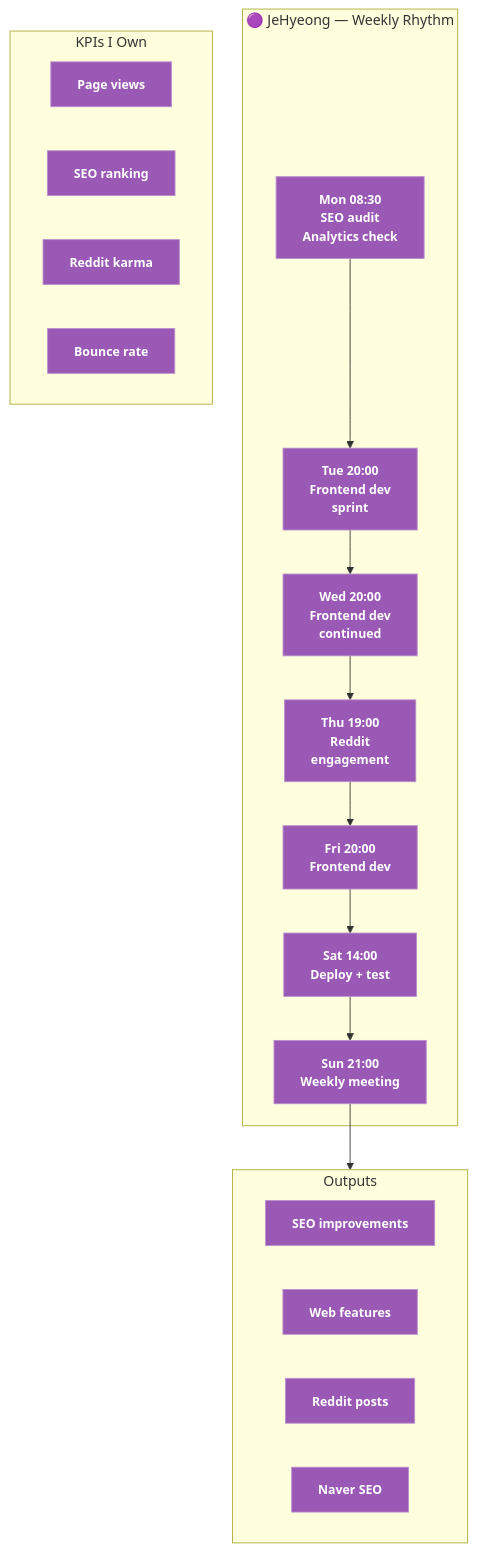
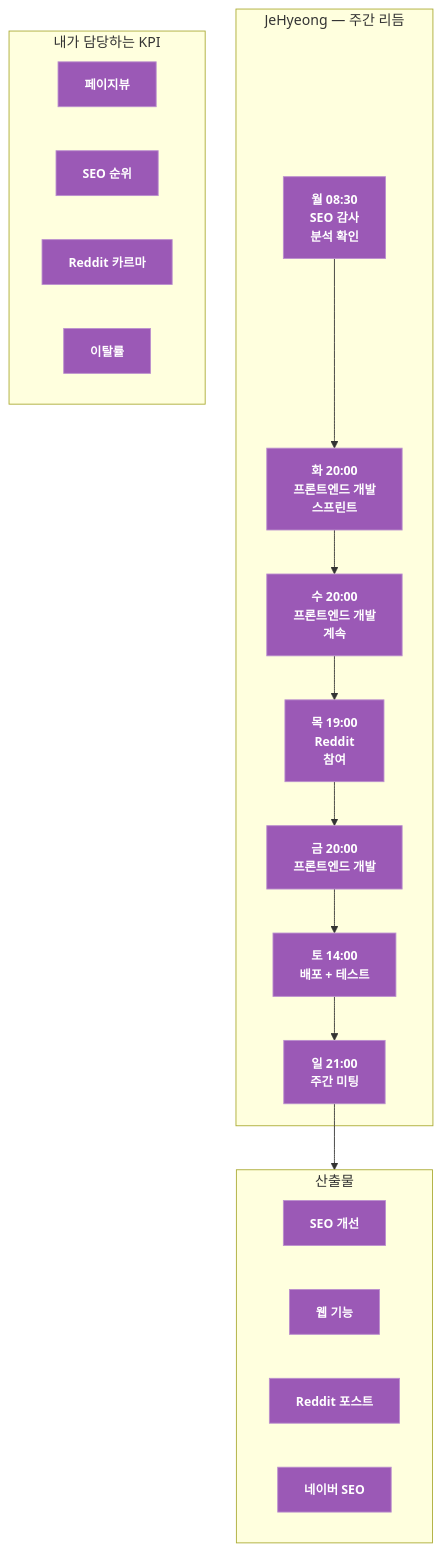
One commit to JeHyeong2/hypeprooflab changed the diagram in products/hypeproof-workflow-diagrams/personal-jehyeong.mmd. Above: the diagram before and after it, drawn with Mermaid. The commit also changed 38 other files, not shown here.

First line of the commit message:
diagrams: convert all to Korean + font 18px + QA pass 19/19

```diff
--- a/products/hypeproof-workflow-diagrams/personal-jehyeong.mmd
+++ b/products/hypeproof-workflow-diagrams/personal-jehyeong.mmd
@@ -1,32 +1,32 @@
 flowchart TB
     classDef jehyeong fill:#9b59b6,stroke:#bb8fce,color:#fff,font-weight:bold,font-size:14px
     classDef dim fill:#30363d,stroke:#484f58,color:#8b949e
 
-    subgraph WEEK["🟣 JeHyeong — Weekly Rhythm"]
-        MON["Mon 08:30<br/>SEO audit<br/>Analytics check"]
-        TUE["Tue 20:00<br/>Frontend dev<br/>sprint"]
-        WED["Wed 20:00<br/>Frontend dev<br/>continued"]
-        THU["Thu 19:00<br/>Reddit<br/>engagement"]
-        FRI["Fri 20:00<br/>Frontend dev"]
-        SAT["Sat 14:00<br/>Deploy + test"]
-        SUN["Sun 21:00<br/>Weekly meeting"]
+    subgraph WEEK["JeHyeong — 주간 리듬"]
+        MON["월 08:30<br/>SEO 감사<br/>분석 확인"]
+        TUE["화 20:00<br/>프론트엔드 개발<br/>스프린트"]
+        WED["수 20:00<br/>프론트엔드 개발<br/>계속"]
+        THU["목 19:00<br/>Reddit<br/>참여"]
+        FRI["금 20:00<br/>프론트엔드 개발"]
+        SAT["토 14:00<br/>배포 + 테스트"]
+        SUN["일 21:00<br/>주간 미팅"]
     end
 
-    subgraph OUT["Outputs"]
-        O1["SEO improvements"]
-        O2["Web features"]
-        O3["Reddit posts"]
-        O4["Naver SEO"]
+    subgraph OUT["산출물"]
+        O1["SEO 개선"]
+        O2["웹 기능"]
+        O3["Reddit 포스트"]
+        O4["네이버 SEO"]
     end
 
-    subgraph KPI["KPIs I Own"]
-        K1["Page views"]
-        K2["SEO ranking"]
-        K3["Reddit karma"]
-        K4["Bounce rate"]
+    subgraph KPI["내가 담당하는 KPI"]
+        K1["페이지뷰"]
+        K2["SEO 순위"]
+        K3["Reddit 카르마"]
+        K4["이탈률"]
     end
 
     MON --> TUE --> WED --> THU --> FRI --> SAT --> SUN
     SUN --> OUT
 
     class MON,TUE,WED,THU,FRI,SAT,SUN,O1,O2,O3,O4,K1,K2,K3,K4 jehyeong
```
